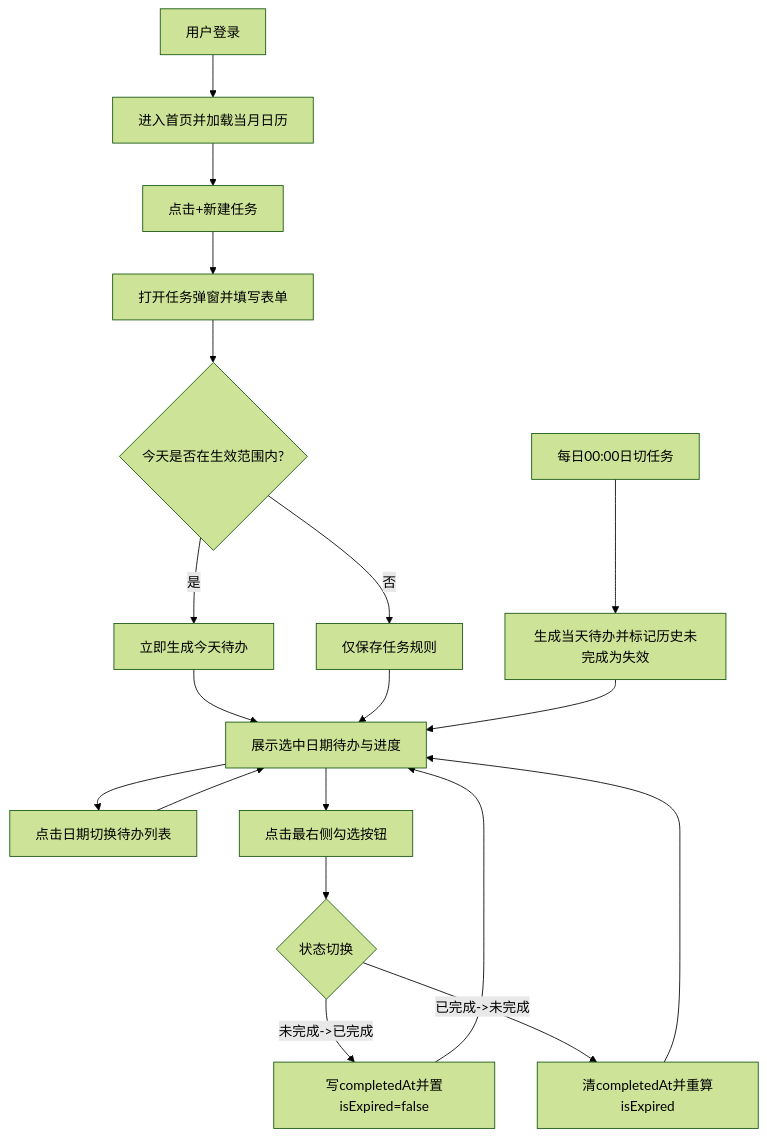
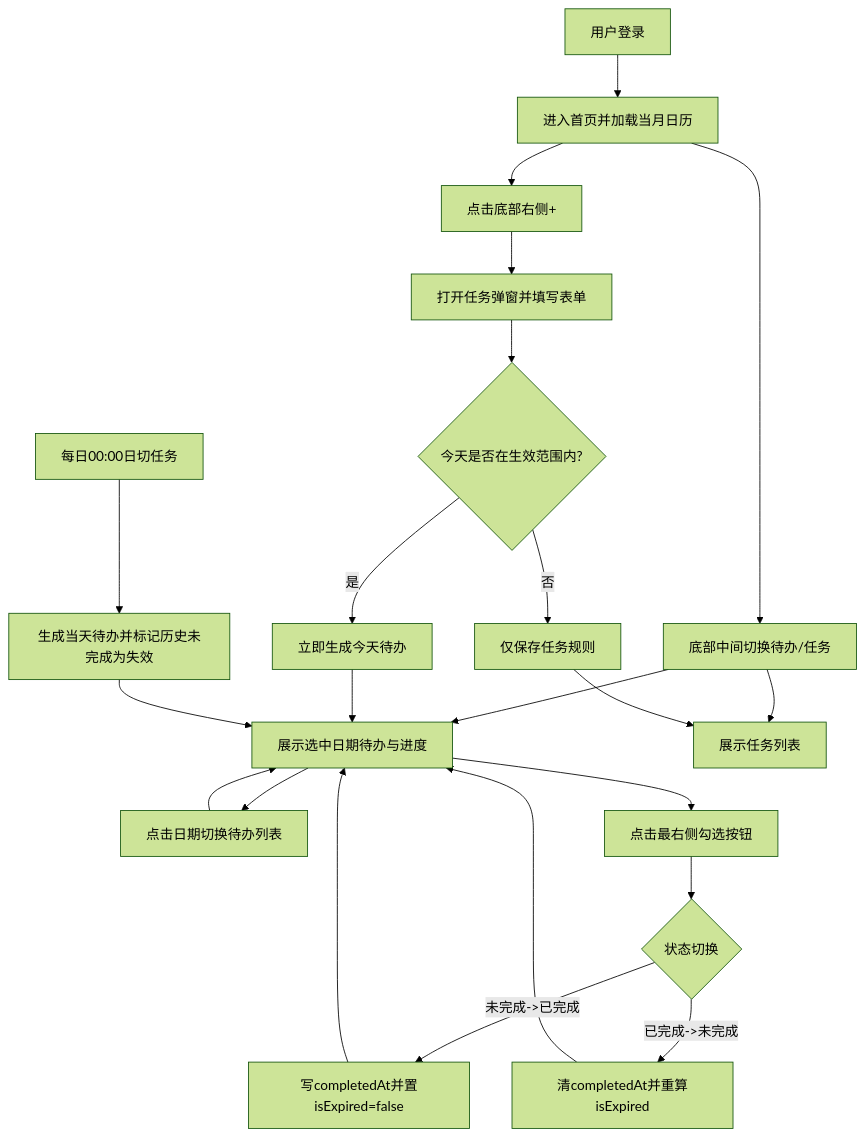
Before and after one commit to xietian-hash/todofairy: the first of 3 diagrams in .document/AI-PRD.md, drawn with Mermaid (forest theme). The commit also changed other lines of this file and 20 other files, not shown here.

````diff
--- a/.document/AI-PRD.md
+++ b/.document/AI-PRD.md
@@ -108,21 +115,24 @@
 ```mermaid
 flowchart TD
   A[用户登录] --> B[进入首页并加载当月日历]
-  B --> C[点击+新建任务]
-  C --> D[打开任务弹窗并填写表单]
-  D --> E{今天是否在生效范围内?}
-  E -- 是 --> F[立即生成今天待办]
-  E -- 否 --> G[仅保存任务规则]
-  F --> H[展示选中日期待办与进度]
-  G --> H
+  B --> C[底部中间切换待办/任务]
+  C --> H[展示选中日期待办与进度]
+  C --> P[展示任务列表]
   H --> I[点击日期切换待办列表]
   I --> H
   H --> J[点击最右侧勾选按钮]
   J --> K{状态切换}
   K -- 未完成->已完成 --> L[写completedAt并置isExpired=false]
   K -- 已完成->未完成 --> M[清completedAt并重算isExpired]
   L --> H
   M --> H
+  B --> D[点击底部右侧+]
+  D --> E[打开任务弹窗并填写表单]
+  E --> F{今天是否在生效范围内?}
+  F -- 是 --> G[立即生成今天待办]
+  F -- 否 --> Q[仅保存任务规则]
+  G --> H
+  Q --> P
   N[每日00:00日切任务] --> O[生成当天待办并标记历史未完成为失效]
   O --> H
 ```
````
